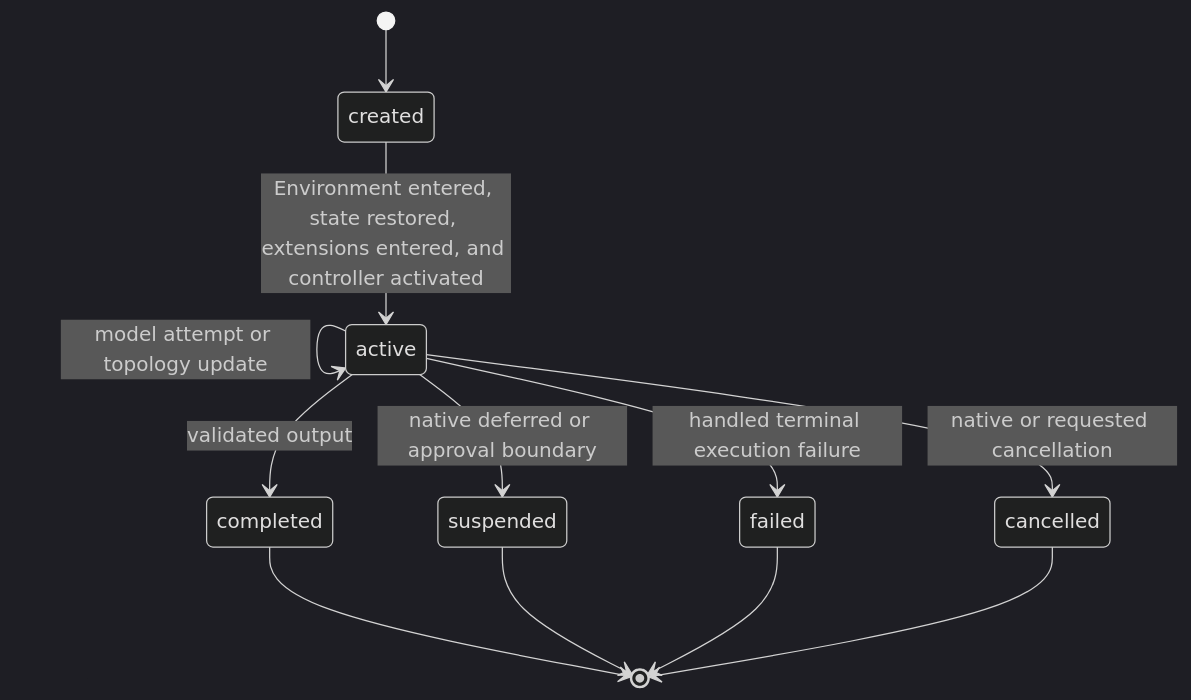
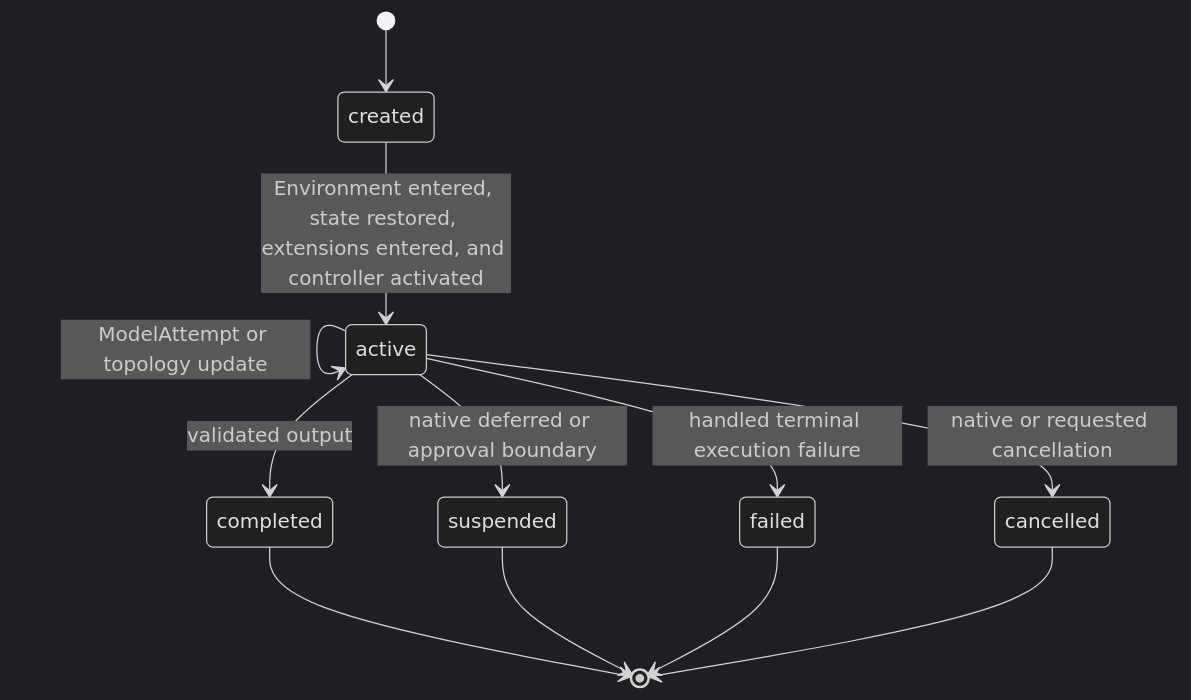
Before and after one commit to LTThreeComma/agent-foundation: the first of 2 diagrams in spec/agent-harness/06-execution-context-and-lifecycle.md, drawn with Mermaid (dark theme). The commit also changed other lines of this file and 92 other files, not shown here.

````diff
--- a/spec/agent-harness/06-execution-context-and-lifecycle.md
+++ b/spec/agent-harness/06-execution-context-and-lifecycle.md
@@ -59,14 +61,14 @@
 ```mermaid
 stateDiagram-v2
     [*] --> created
     created --> active: Environment entered, state restored, extensions entered, and controller activated
-    active --> active: model attempt or topology update
+    active --> active: ModelAttempt or topology update
     active --> completed: validated output
     active --> suspended: native deferred or approval boundary
     active --> failed: handled terminal execution failure
     active --> cancelled: native or requested cancellation
     completed --> [*]
     suspended --> [*]
     failed --> [*]
     cancelled --> [*]
 ```
````
